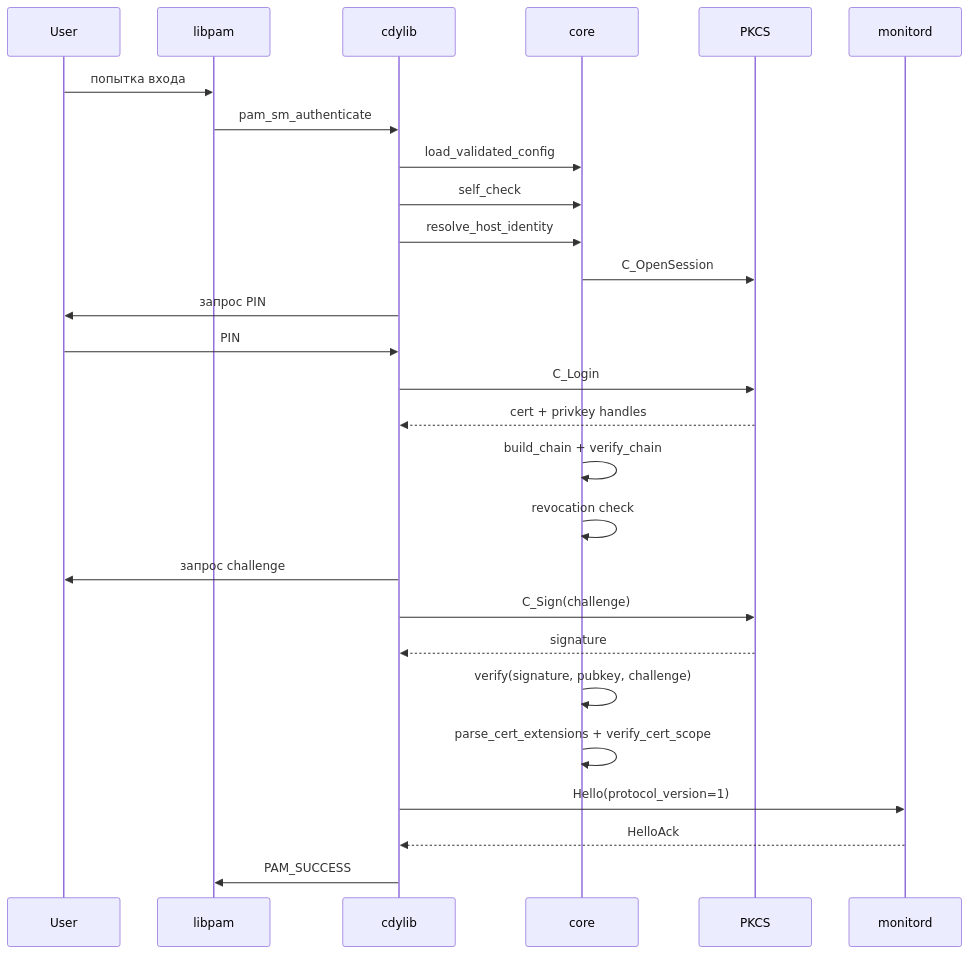
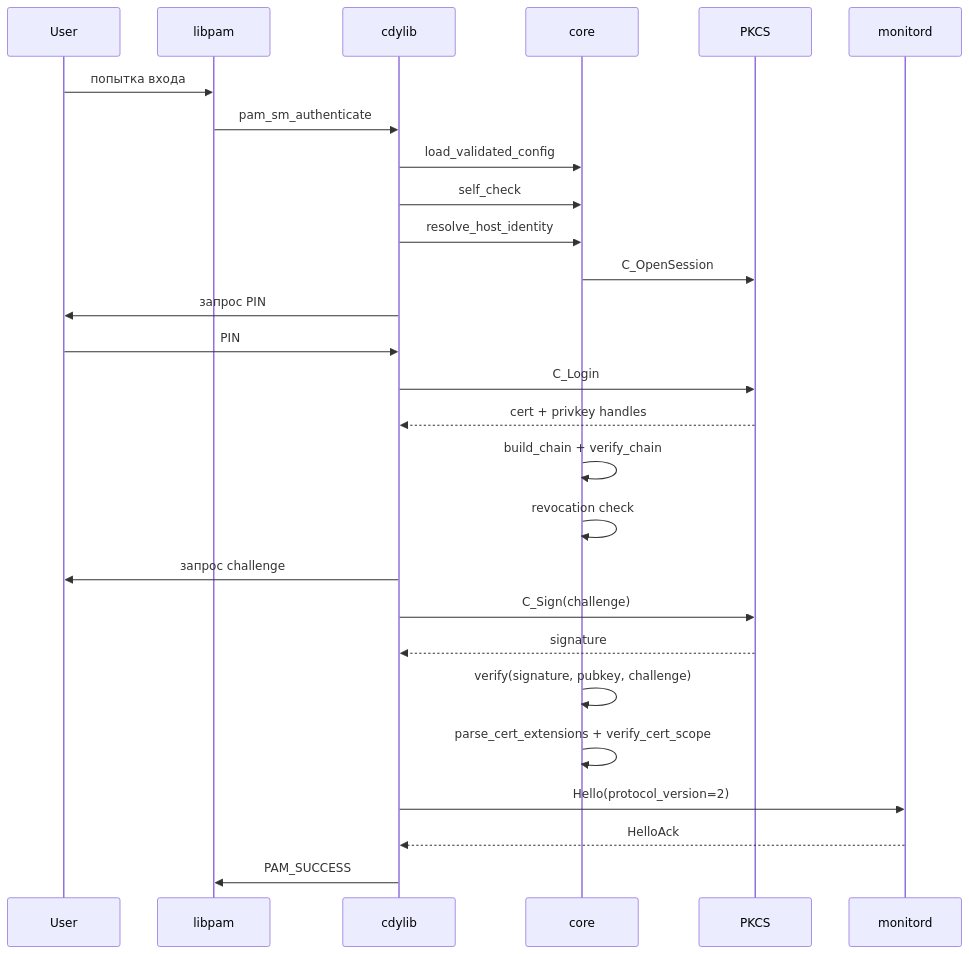
The third of 6 diagrams in docs/architecture.md (TesseraLabs/tessera), drawn with Mermaid before and after one commit. The commit also changed other lines of this file and 99 other files, not shown here.

````diff
--- a/docs/architecture.md
+++ b/docs/architecture.md
@@ -249,30 +258,30 @@
 ```mermaid
 sequenceDiagram
     participant U as User
     participant L as libpam
     participant P as cdylib
     participant C as core
     participant T as PKCS#11 module
     participant M as monitord
 
     U->>L: попытка входа
     L->>P: pam_sm_authenticate
     P->>C: load_validated_config
     P->>C: self_check
     P->>C: resolve_host_identity
     C->>T: C_OpenSession
     P->>U: запрос PIN
     U->>P: PIN
     P->>T: C_Login
     T-->>P: cert + privkey handles
     C->>C: build_chain + verify_chain
     C->>C: revocation check
     P->>U: запрос challenge
     P->>T: C_Sign(challenge)
     T-->>P: signature
     C->>C: verify(signature, pubkey, challenge)
     C->>C: parse_cert_extensions + verify_cert_scope
-    P->>M: Hello(protocol_version=1)
+    P->>M: Hello(protocol_version=2)
     M-->>P: HelloAck
     P->>L: PAM_SUCCESS
 ```
````
